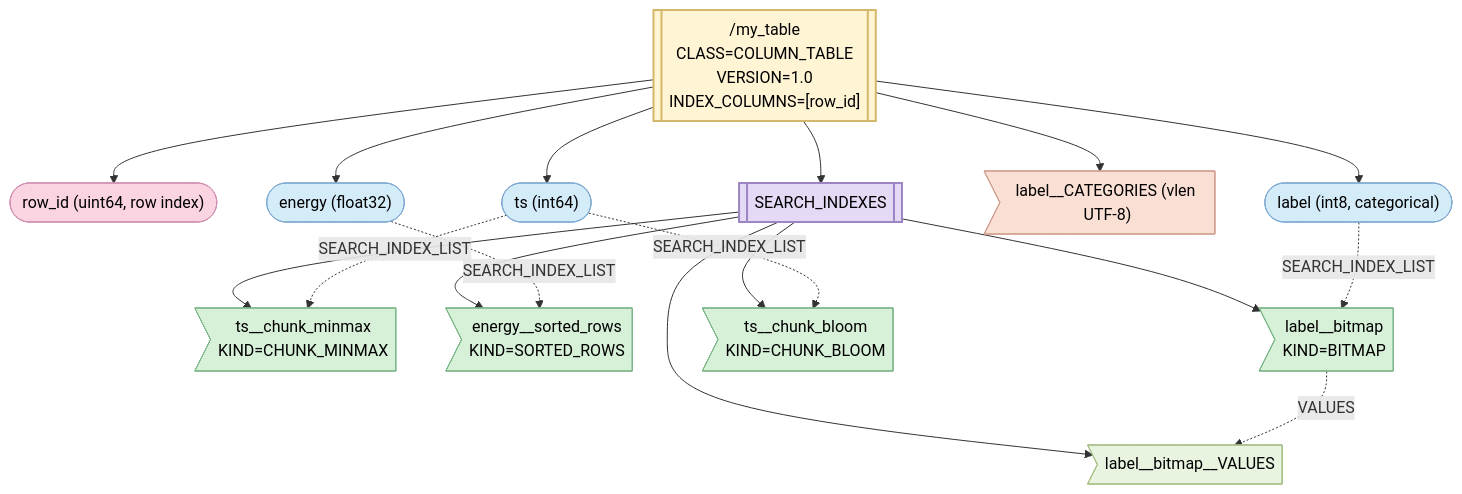
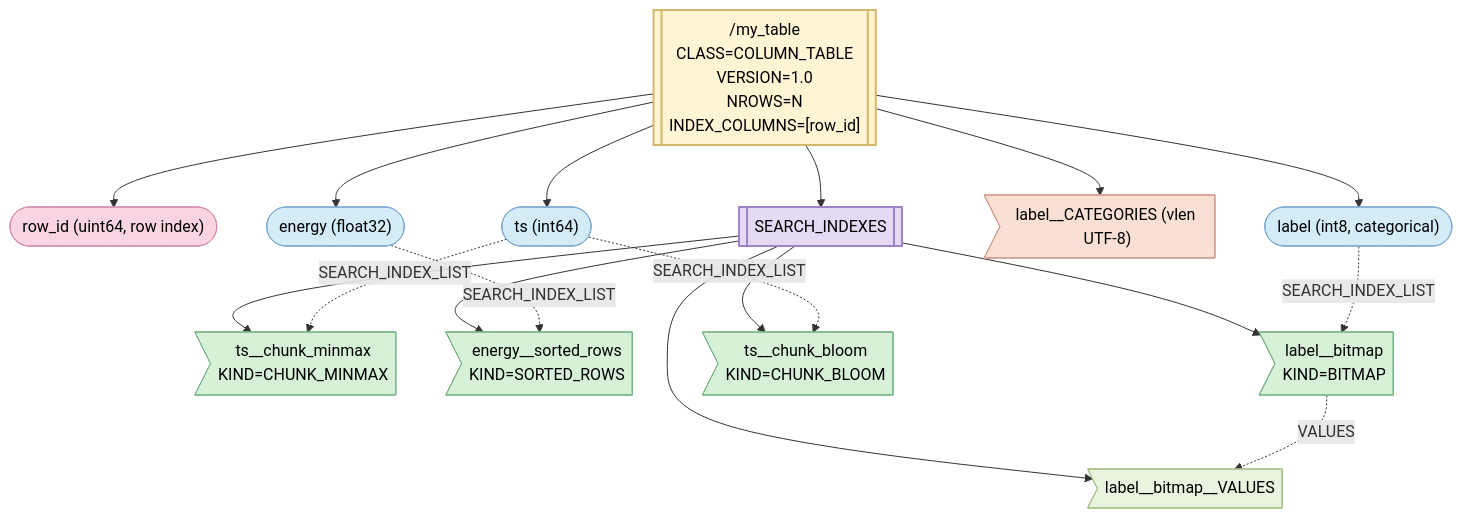
Before and after one commit to HDFAlliance/heps: the seventh of 7 diagrams in HEP001/index.md, drawn with Mermaid. The commit also changed other lines of this file, not shown here.

Commit message:
NROWS table attribute

````diff
--- a/HEP001/index.md
+++ b/HEP001/index.md
@@ -1403,36 +1583,36 @@
 ```{mermaid}
 graph TD
-  TG[["/my_table<br/>CLASS=COLUMN_TABLE<br/>VERSION=1.0<br/>INDEX_COLUMNS=[row_id]"]]
+  TG[["/my_table<br/>CLASS=COLUMN_TABLE<br/>VERSION=1.0<br/>NROWS=N<br/>INDEX_COLUMNS=[row_id]"]]
   TG --> ri(["row_id (uint64, row index)"])
   TG --> ts(["ts (int64)"])
   TG --> en(["energy (float32)"])
   TG --> lb(["label (int8, categorical)"])
   TG --> lc>"label__CATEGORIES (vlen UTF-8)"]
   TG --> SI[["SEARCH_INDEXES"]]
   SI --> mm>"ts__chunk_minmax<br/>KIND=CHUNK_MINMAX"]
   SI --> sr>"energy__sorted_rows<br/>KIND=SORTED_ROWS"]
   SI --> bm>"label__bitmap<br/>KIND=BITMAP"]
   SI --> bv>"label__bitmap__VALUES"]
   SI --> bf>"ts__chunk_bloom<br/>KIND=CHUNK_BLOOM"]
   ts -.->|"SEARCH_INDEX_LIST"| mm
   ts -.->|"SEARCH_INDEX_LIST"| bf
   en -.->|"SEARCH_INDEX_LIST"| sr
   lb -.->|"SEARCH_INDEX_LIST"| bm
   bm -.->|"VALUES"| bv
 
   classDef tableGroup fill:#FFF4D4,stroke:#D4B86A,stroke-width:2px,color:#000
   classDef siGroup    fill:#E5DAF5,stroke:#9D85C5,stroke-width:2px,color:#000
   classDef dataCol    fill:#D4EBF8,stroke:#7FA9D0,stroke-width:1px,color:#000
   classDef indexCol   fill:#FAD4E1,stroke:#D08FB0,stroke-width:1px,color:#000
   classDef catData    fill:#FAE0D4,stroke:#D09F90,stroke-width:1px,color:#000
   classDef siData     fill:#D7F0D8,stroke:#7CB78A,stroke-width:1px,color:#000
   classDef siValues   fill:#E8F3E0,stroke:#A8C088,stroke-width:1px,color:#000
 
   class TG tableGroup
   class SI siGroup
   class ri indexCol
   class ts,en,lb dataCol
   class lc catData
   class mm,sr,bm,bf siData
   class bv siValues
 ```
````
